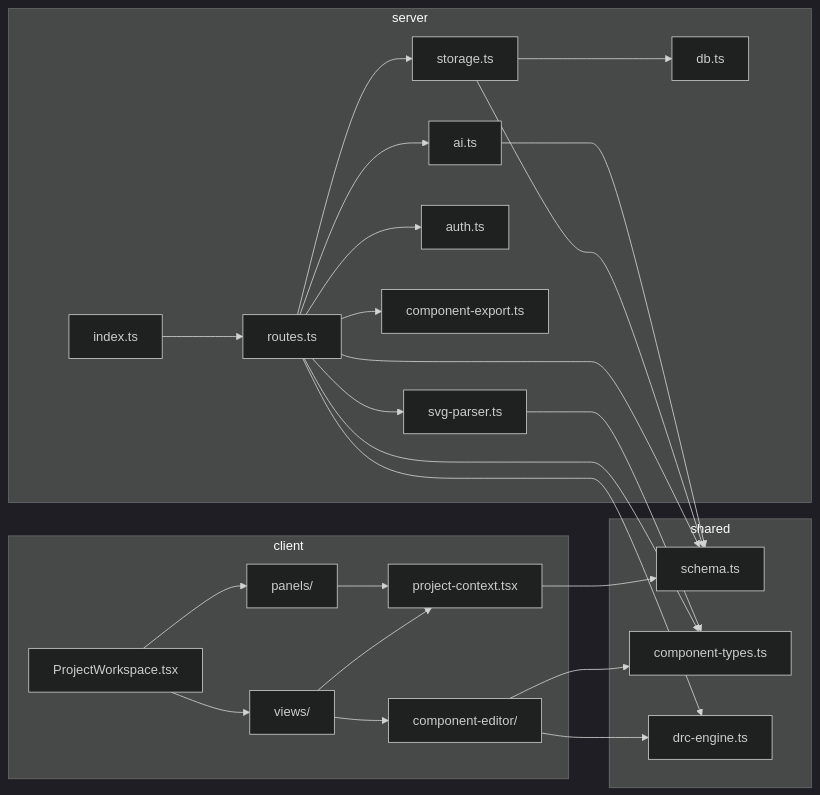
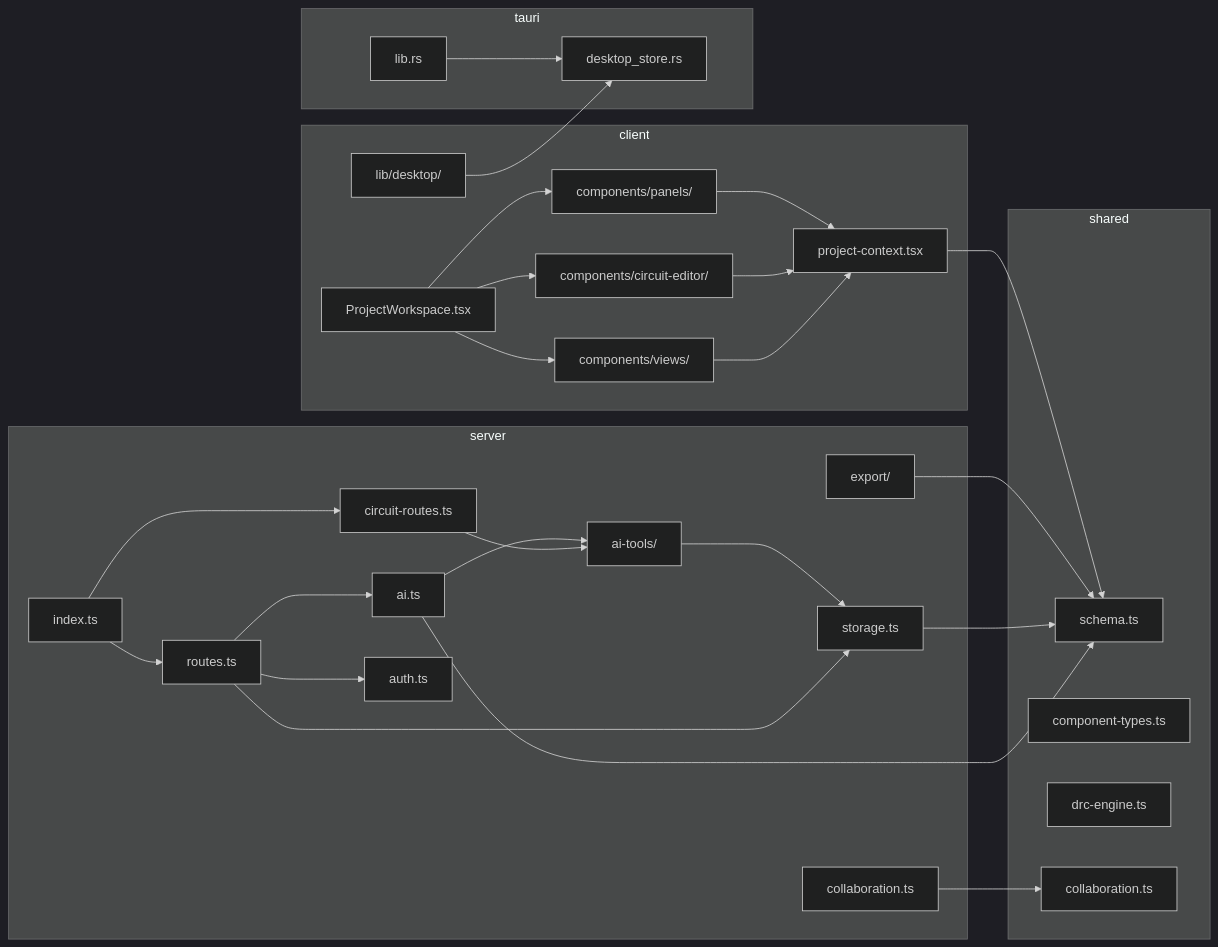
One commit to wtyler2505/ProtoPulse changed the diagram in .ref/project-map.md. Above: the diagram before and after it, drawn with Mermaid (dark theme). The commit also changed other lines of this file and 3800 other files, not shown here.

````diff
--- a/.ref/project-map.md
+++ b/.ref/project-map.md
@@ -133,48 +109,54 @@
 ```mermaid
 graph LR
   subgraph shared
     schema[schema.ts]
     ctypes[component-types.ts]
     drc[drc-engine.ts]
+    collab_s[collaboration.ts]
   end
   subgraph server
     routes[routes.ts]
+    croutes[circuit-routes.ts]
     ai[ai.ts]
+    aitools[ai-tools/]
     storage[storage.ts]
     auth[auth.ts]
-    compexp[component-export.ts]
-    svgparse[svg-parser.ts]
-    sdb[db.ts]
+    collab[collaboration.ts]
+    exp[export/]
     idx[index.ts]
   end
   subgraph client
     projctx[project-context.tsx]
     workspace[ProjectWorkspace.tsx]
-    ceditor[component-editor/]
-    views[views/]
-    panels[panels/]
+    views[components/views/]
+    ceditor[components/circuit-editor/]
+    panels[components/panels/]
+    desktop[lib/desktop/]
+  end
+  subgraph tauri
+    librs[lib.rs]
+    dstore[desktop_store.rs]
   end
 
+  idx --> routes
+  idx --> croutes
   routes --> storage
   routes --> ai
   routes --> auth
-  routes --> compexp
-  routes --> svgparse
-  routes --> schema
-  routes --> ctypes
-  routes --> drc
-  storage --> sdb
+  croutes --> aitools
+  ai --> aitools
+  ai --> schema
+  aitools --> storage
   storage --> schema
-  ai --> schema
-  idx --> routes
-  svgparse --> ctypes
-
+  exp --> schema
+  collab --> collab_s
   projctx --> schema
-  ceditor --> ctypes
-  ceditor --> drc
   views --> projctx
-  views --> ceditor
+  ceditor --> projctx
   panels --> projctx
   workspace --> views
   workspace --> panels
+  workspace --> ceditor
+  desktop --> dstore
+  librs --> dstore
 ```
````
